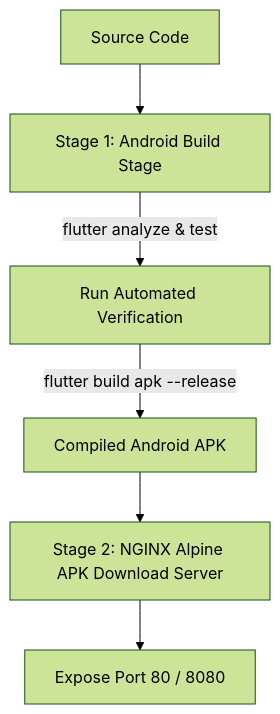
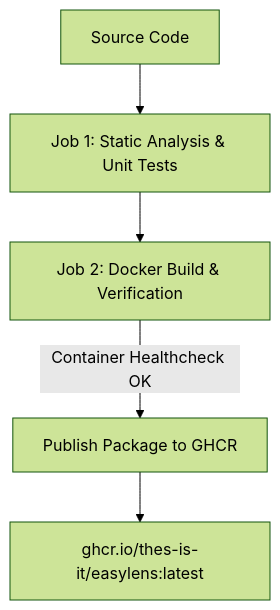
One commit to Thes-IS-IT/Easylens changed the diagram in DOCKER.md. Above: the diagram before and after it, drawn with Mermaid (forest theme). The commit also changed other lines of this file and 3 other files, not shown here.

Commit message:
Remove slow APK build step from CI/CD and publish Docker Image Package directly to GitHub Container Registry (ghcr.io)

````diff
--- a/DOCKER.md
+++ b/DOCKER.md
@@ -11,8 +11,7 @@
 ```mermaid
 graph TD
-    A[Source Code] --> B[Stage 1: Android Build Stage]
-    B -->|flutter analyze & test| C[Run Automated Verification]
-    C -->|flutter build apk --release| D[Compiled Android APK]
-    D --> E[Stage 2: NGINX Alpine APK Download Server]
-    E --> F[Expose Port 80 / 8080]
+    A[Source Code] --> B[Job 1: Static Analysis & Unit Tests]
+    B --> C[Job 2: Docker Build & Verification]
+    C -->|Container Healthcheck OK| D[Publish Package to GHCR]
+    D --> E[ghcr.io/thes-is-it/easylens:latest]
 ```
````
